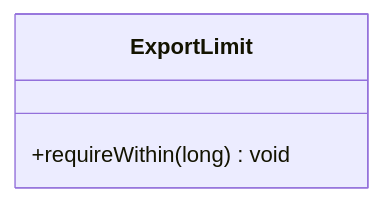
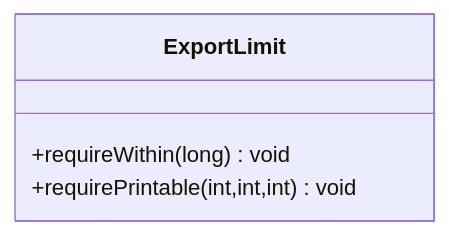
One commit to davidbejar/hoops-academy changed the seventh of 22 diagrams in docs/domain/core-model.md. Above: the diagram before and after it, drawn with Mermaid. The commit also changed other lines of this file, not shown here.

Commit message:
docs(core): model diagrams with the roster printer port and the sheet limit

````diff
--- a/docs/domain/core-model.md
+++ b/docs/domain/core-model.md
@@ -439,6 +439,7 @@
 ```mermaid
 classDiagram
     class ExportLimit {
         +requireWithin(long) void
+        +requirePrintable(int,int,int) void
     }
 ```
````
